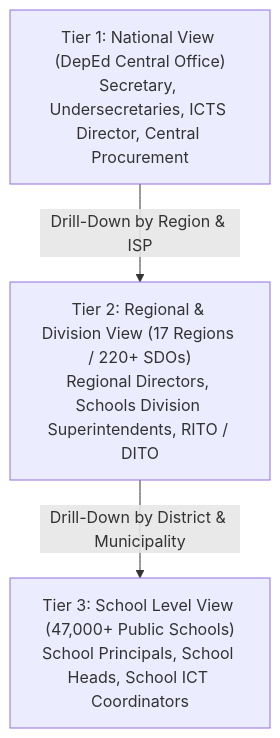
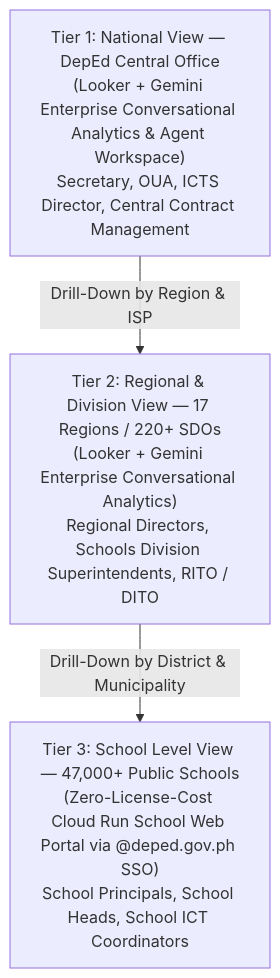
The second of 2 diagrams in nw-speed-tracker/01_DEPED_NW_SPEED_TRACKER_BRD.md (markea/DepEd), drawn with Mermaid before and after one commit. The commit also changed other lines of this file and 1 other file, not shown here.

Commit message:
Update BRD to v2.0 with 8 locked architectural & governance decisions from grill-me session

````diff
--- a/nw-speed-tracker/01_DEPED_NW_SPEED_TRACKER_BRD.md
+++ b/nw-speed-tracker/01_DEPED_NW_SPEED_TRACKER_BRD.md
@@ -208,9 +207,9 @@
 ```mermaid
 graph TD
-    T1["Tier 1: National View (DepEd Central Office)<br/>Secretary, Undersecretaries, ICTS Director, Central Procurement"]
-    T2["Tier 2: Regional & Division View (17 Regions / 220+ SDOs)<br/>Regional Directors, Schools Division Superintendents, RITO / DITO"]
-    T3["Tier 3: School Level View (47,000+ Public Schools)<br/>School Principals, School Heads, School ICT Coordinators"]
+    T1["Tier 1: National View — DepEd Central Office<br/>(Looker + Gemini Enterprise Conversational Analytics & Agent Workspace)<br/>Secretary, OUA, ICTS Director, Central Contract Management"]
+    T2["Tier 2: Regional & Division View — 17 Regions / 220+ SDOs<br/>(Looker + Gemini Enterprise Conversational Analytics)<br/>Regional Directors, Schools Division Superintendents, RITO / DITO"]
+    T3["Tier 3: School Level View — 47,000+ Public Schools<br/>(Zero-License-Cost Cloud Run School Web Portal via @deped.gov.ph SSO)<br/>School Principals, School Heads, School ICT Coordinators"]
 
     T1 -->|Drill-Down by Region & ISP| T2
     T2 -->|Drill-Down by District & Municipality| T3
 ```
````
